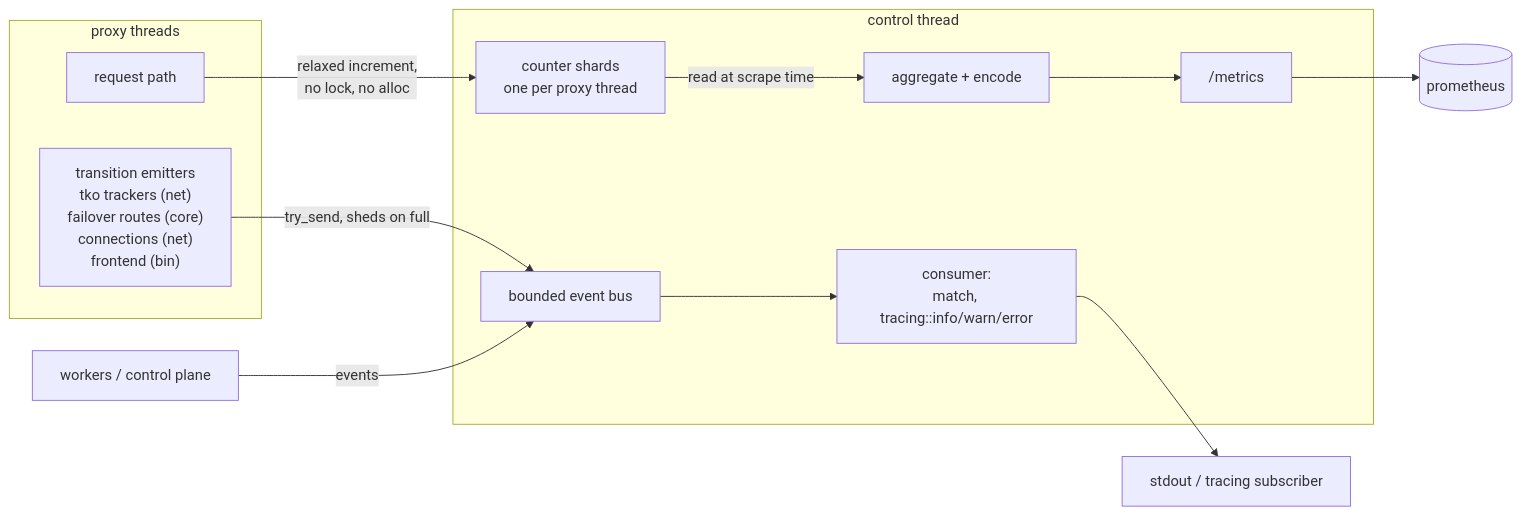
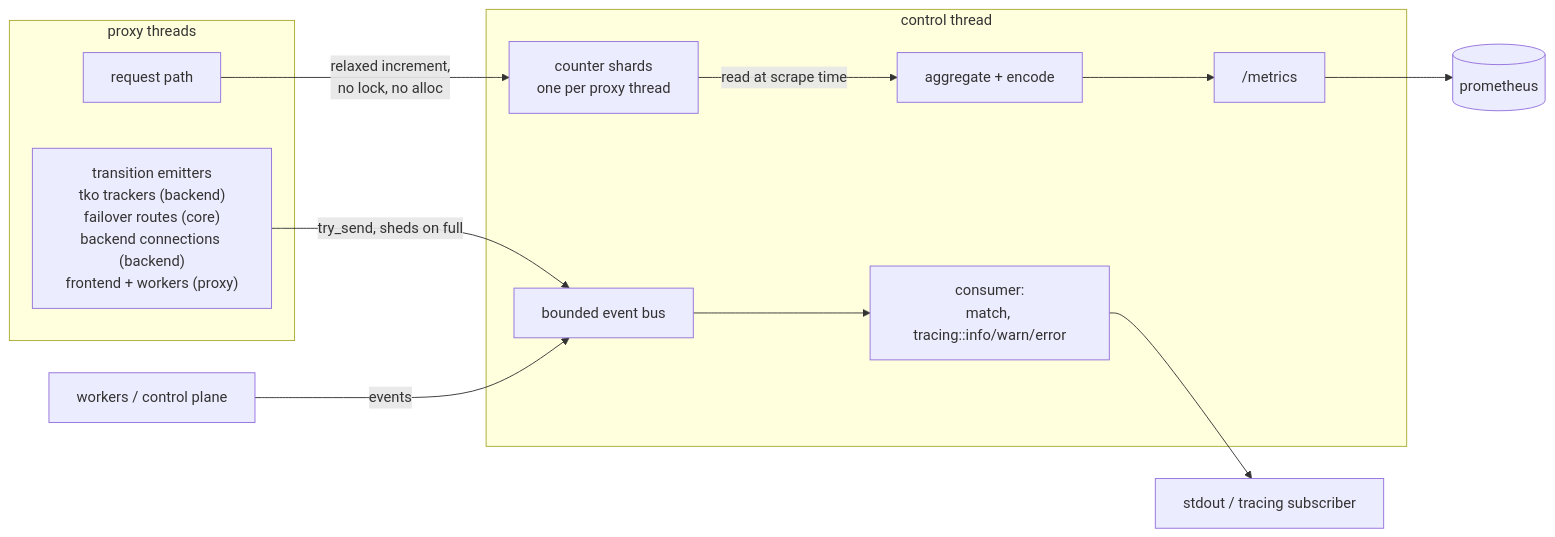
Before and after one commit to raydatray/rusty-mcrouter: the first of 3 diagrams in docs/design/0001-observability.md, drawn with Mermaid. The commit also changed other lines of this file and 2 other files, not shown here.

Commit message:
[7/7][docs] document the frontend/backend crate split

````diff
--- a/docs/design/0001-observability.md
+++ b/docs/design/0001-observability.md
@@ -44,17 +44,17 @@
 ```mermaid
 flowchart LR
     subgraph proxy threads
         RQ[request path]
-        EM["transition emitters<br/>tko trackers (net)<br/>failover routes (core)<br/>connections (net)<br/>frontend (bin)"]
+        EM["transition emitters<br/>tko trackers (backend)<br/>failover routes (core)<br/>backend connections (backend)<br/>frontend + workers (proxy)"]
     end
     W[workers / control plane] -- events --> BUS
     RQ -- "relaxed increment,<br/>no lock, no alloc" --> SH[counter shards<br/>one per proxy thread]
     EM -- "try_send, sheds on full" --> BUS[bounded event bus]
     subgraph control thread
         BUS --> CONS[consumer:<br/>match, tracing::info/warn/error]
         SH -- "read at scrape time" --> AGG[aggregate + encode]
         AGG --> HTTP["/metrics"]
     end
     HTTP --> PROM[(prometheus)]
     CONS --> LOG[stdout / tracing subscriber]
 ```
````
